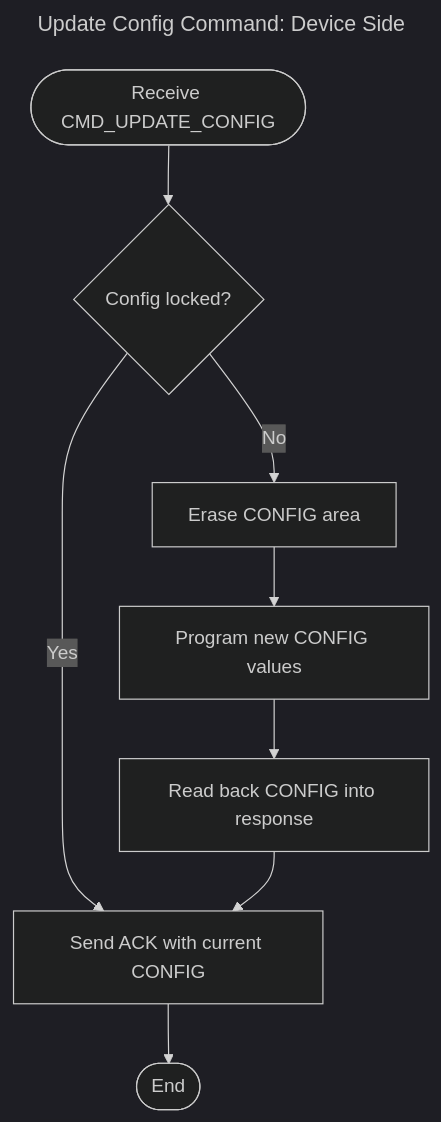
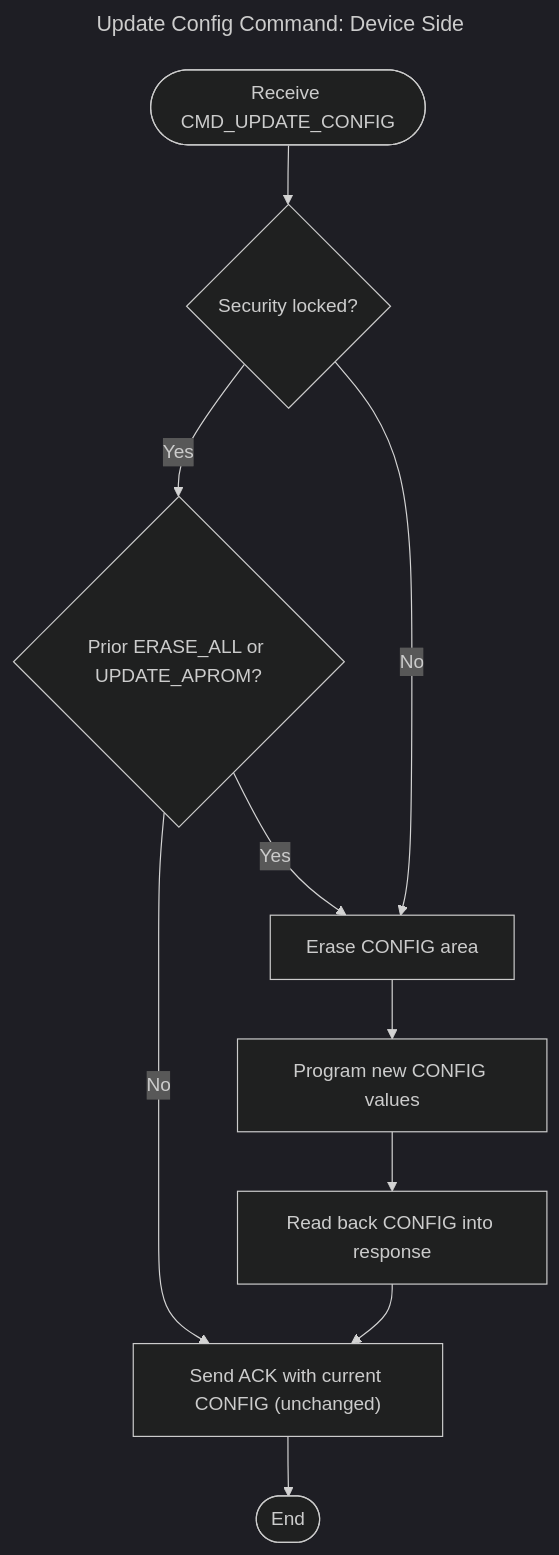
One commit to ccma1120/ISPTool changed the first of 6 diagrams in Documents/NuMicro_ISP_Programming_Guide/NuMicro_ISP_Programming_Guide.md. Above: the diagram before and after it, drawn with Mermaid (dark theme). The commit also changed other lines of this file, not shown here.

````diff
--- a/Documents/NuMicro_ISP_Programming_Guide/NuMicro_ISP_Programming_Guide.md
+++ b/Documents/NuMicro_ISP_Programming_Guide/NuMicro_ISP_Programming_Guide.md
@@ -306,13 +303,15 @@
 ```mermaid
 ---
 title: "Update Config Command: Device Side"
 ---
 flowchart TD
-    A([Receive CMD_UPDATE_CONFIG]) --> B{"Config locked?"}
-    B -- Yes --> F["Send ACK with current CONFIG"]
-    B -- No --> C["Erase CONFIG area"]
-    C --> D["Program new CONFIG values"]
-    D --> E["Read back CONFIG into response"]
-    E --> F
-    F --> G([End])
+    A([Receive CMD_UPDATE_CONFIG]) --> B{"Security locked?"}
+    B -- Yes --> C{"Prior ERASE_ALL or UPDATE_APROM?"}
+    C -- No --> G["Send ACK with current CONFIG (unchanged)"]
+    C -- Yes --> D["Erase CONFIG area"]
+    B -- No --> D
+    D --> E["Program new CONFIG values"]
+    E --> F["Read back CONFIG into response"]
+    F --> G
+    G --> H([End])
 ```
````
